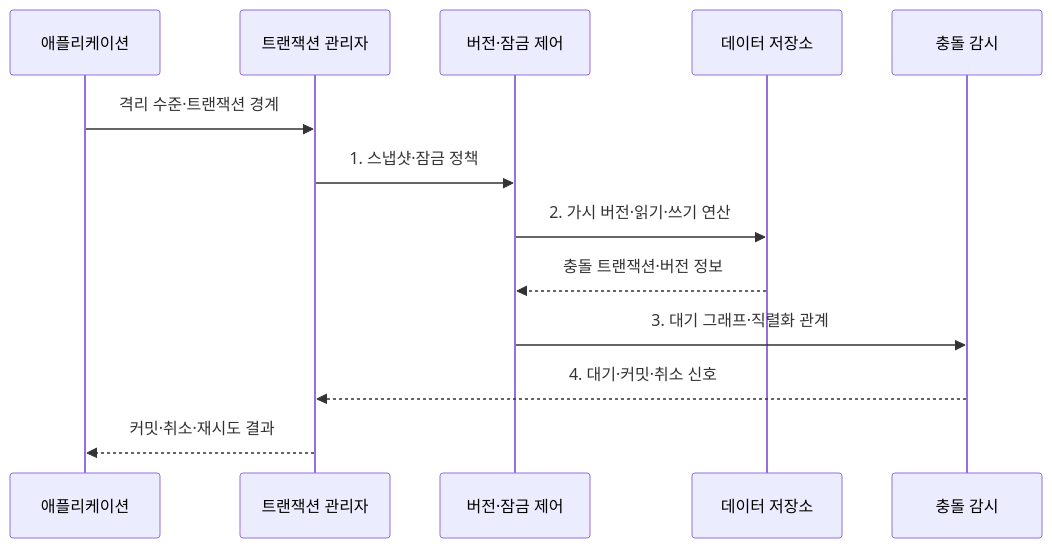
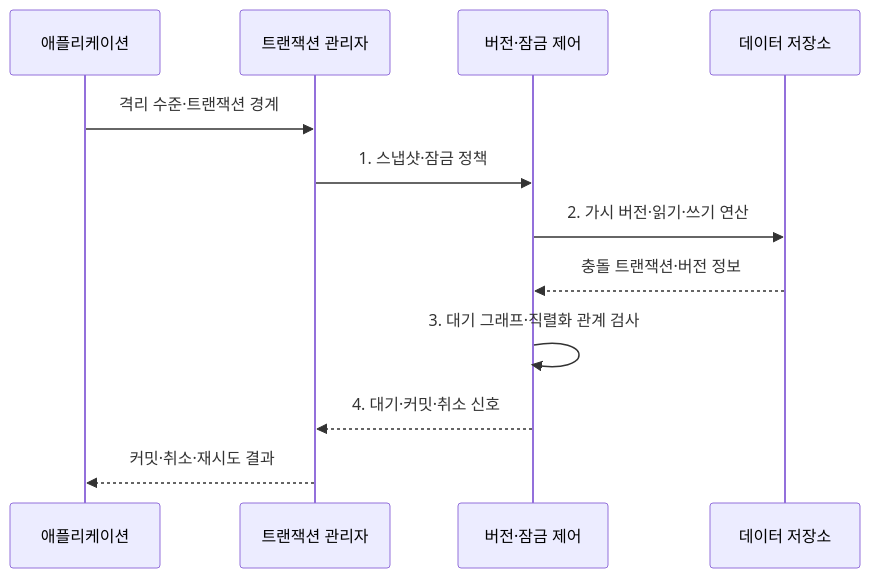
The second of 2 diagrams in src/content/docs/notes/03-software/086_transaction_isolation_levels.md (agnusdei1207/knowledge-base), drawn with Mermaid before and after one commit. The commit also changed 7 other files, not shown here.

Commit message:
Streamline software data diagrams

````diff
--- a/src/content/docs/notes/03-software/086_transaction_isolation_levels.md
+++ b/src/content/docs/notes/03-software/086_transaction_isolation_levels.md
@@ -100,15 +100,14 @@
 ```mermaid
 sequenceDiagram
     participant A as 애플리케이션
     participant T as 트랜잭션 관리자
     participant V as 버전·잠금 제어
     participant D as 데이터 저장소
-    participant M as 충돌 감시
     A->>T: 격리 수준·트랜잭션 경계
     T->>V: 1. 스냅샷·잠금 정책
     V->>D: 2. 가시 버전·읽기·쓰기 연산
     D-->>V: 충돌 트랜잭션·버전 정보
-    V->>M: 3. 대기 그래프·직렬화 관계
-    M-->>T: 4. 대기·커밋·취소 신호
+    V->>V: 3. 대기 그래프·직렬화 관계 검사
+    V-->>T: 4. 대기·커밋·취소 신호
     T-->>A: 커밋·취소·재시도 결과
 ```
````
